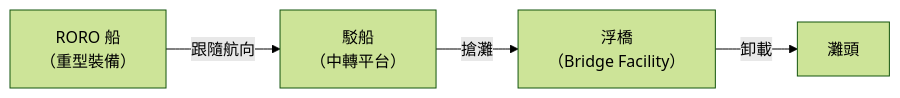
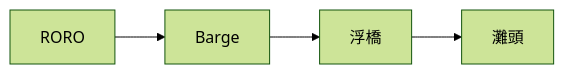
One commit to pullupjumper/formosa-in-flames changed the first of 2 diagrams in docs/landingOps/adminOffloading.md. Above: the diagram before and after it, drawn with Mermaid (forest theme). The commit also changed other lines of this file and 20 other files, not shown here.

````diff
--- a/docs/landingOps/adminOffloading.md
+++ b/docs/landingOps/adminOffloading.md
@@ -24,9 +20,4 @@
 ```mermaid
 flowchart LR
-    RORO["RORO 船<br>（重型裝備）"]
-    BARGE["駁船<br>（中轉平台）"]
-    BRIDGE["浮橋<br>（Bridge Facility）"]
-    BEACH["灘頭"]
-
-    RORO -->|"跟隨航向"| BARGE -->|"搶灘"| BRIDGE -->|"卸載"| BEACH
+    RORO["RORO"] --> BARGE["Barge"] --> BRIDGE["浮橋"] --> BEACH["灘頭"]
 ```
````
